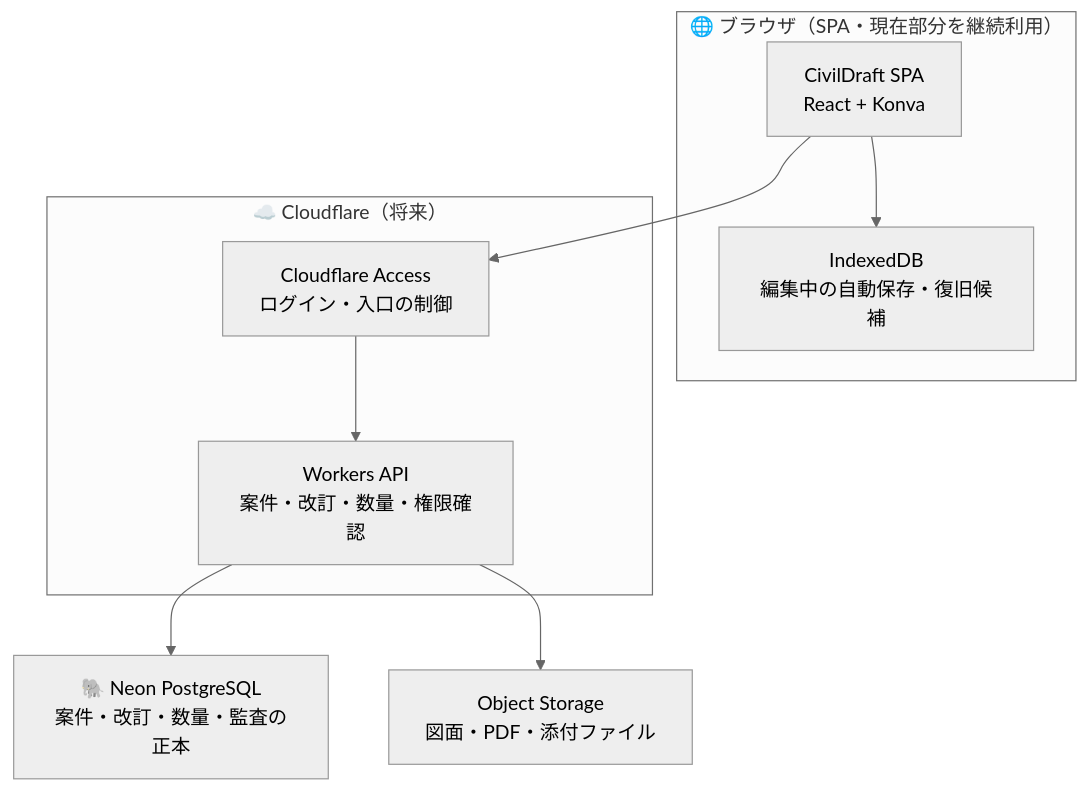
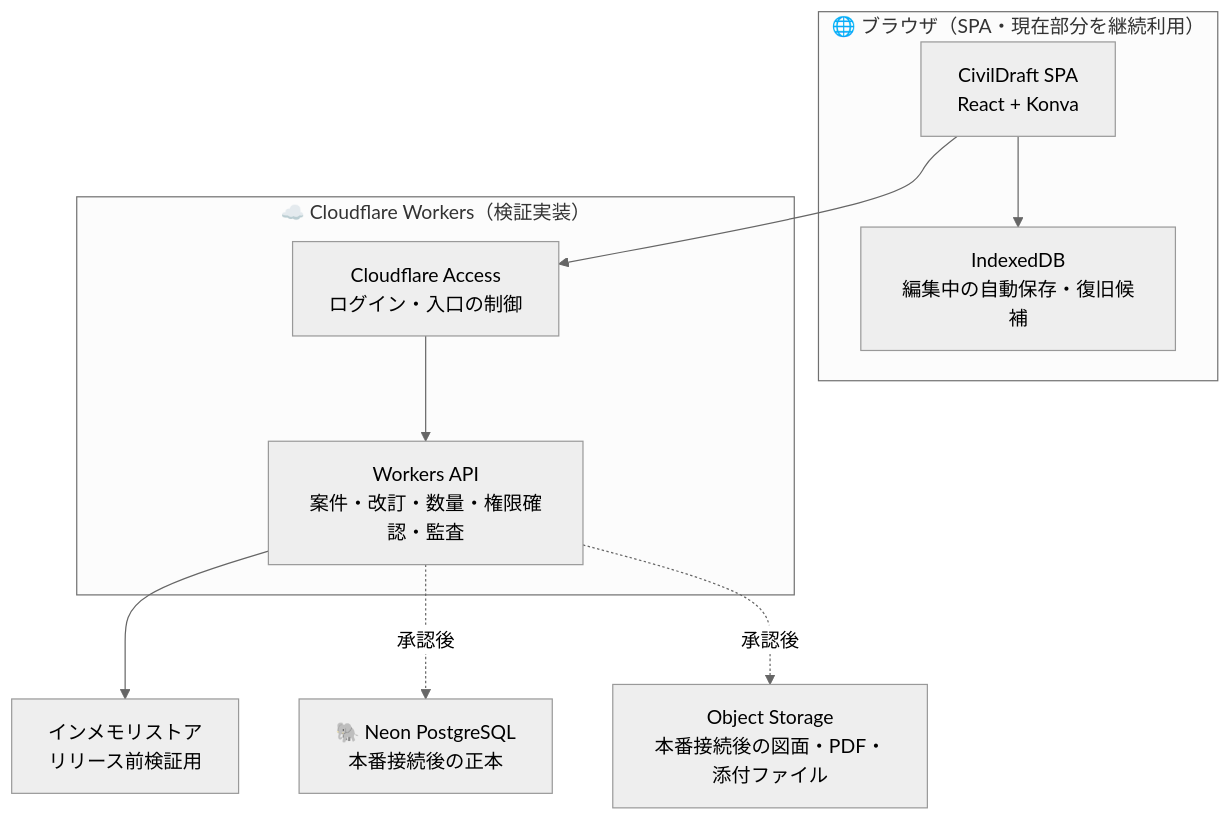
The second of 8 diagrams in docs/architecture/overview.md (Kensan196948G/CivilDraft-Web-CAD), drawn with Mermaid (neutral theme) before and after one commit. The commit also changed other lines of this file and 54 other files, not shown here.

````diff
--- a/docs/architecture/overview.md
+++ b/docs/architecture/overview.md
@@ -47,18 +48,20 @@
 ```mermaid
 graph TB
     subgraph CLIENT["🌐 ブラウザ（SPA・現在部分を継続利用）"]
         SPA["CivilDraft SPA<br>React + Konva"]
         IDB["IndexedDB<br>編集中の自動保存・復旧候補"]
         SPA --> IDB
     end
-    subgraph EDGE["☁️ Cloudflare（将来）"]
+    subgraph EDGE["☁️ Cloudflare Workers（検証実装）"]
         ACCESS["Cloudflare Access<br>ログイン・入口の制御"]
-        WORKERS["Workers API<br>案件・改訂・数量・権限確認"]
+        WORKERS["Workers API<br>案件・改訂・数量・権限確認・監査"]
     end
-    NEON["🐘 Neon PostgreSQL<br>案件・改訂・数量・監査の正本"]
-    OBJ["Object Storage<br>図面・PDF・添付ファイル"]
+    MEMORY["インメモリストア<br>リリース前検証用"]
+    NEON["🐘 Neon PostgreSQL<br>本番接続後の正本"]
+    OBJ["Object Storage<br>本番接続後の図面・PDF・添付ファイル"]
     SPA --> ACCESS
     ACCESS --> WORKERS
-    WORKERS --> NEON
-    WORKERS --> OBJ
+    WORKERS --> MEMORY
+    WORKERS -.承認後.-> NEON
+    WORKERS -.承認後.-> OBJ
 ```
````
